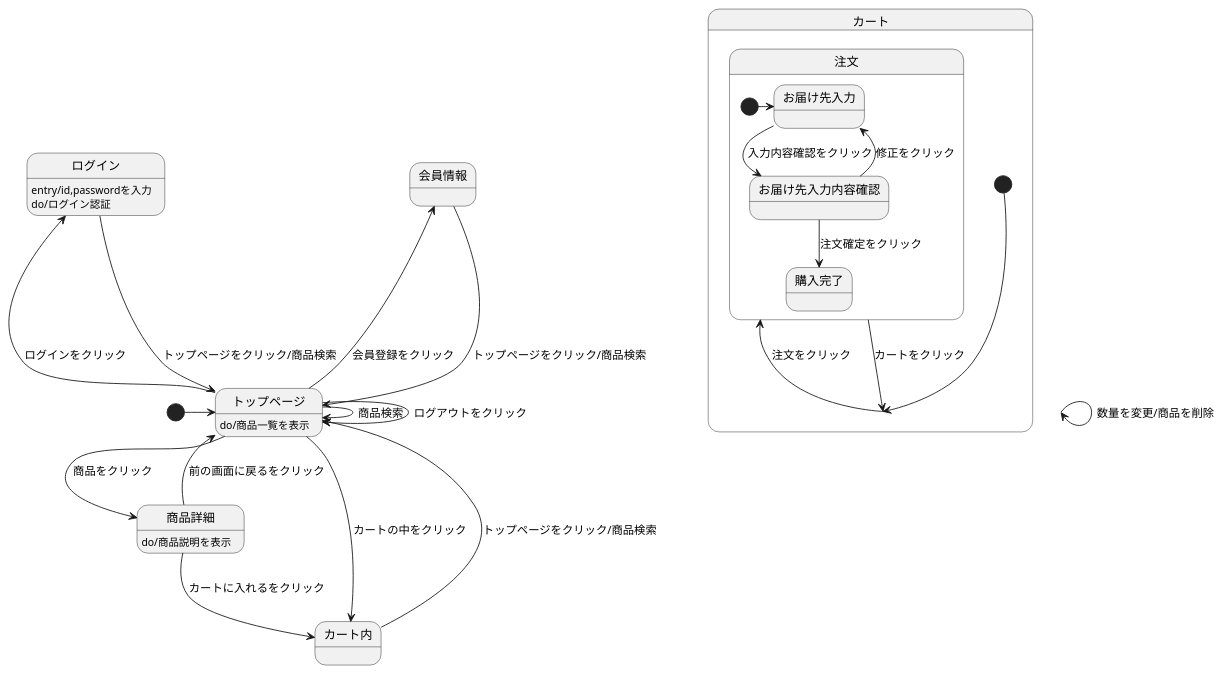
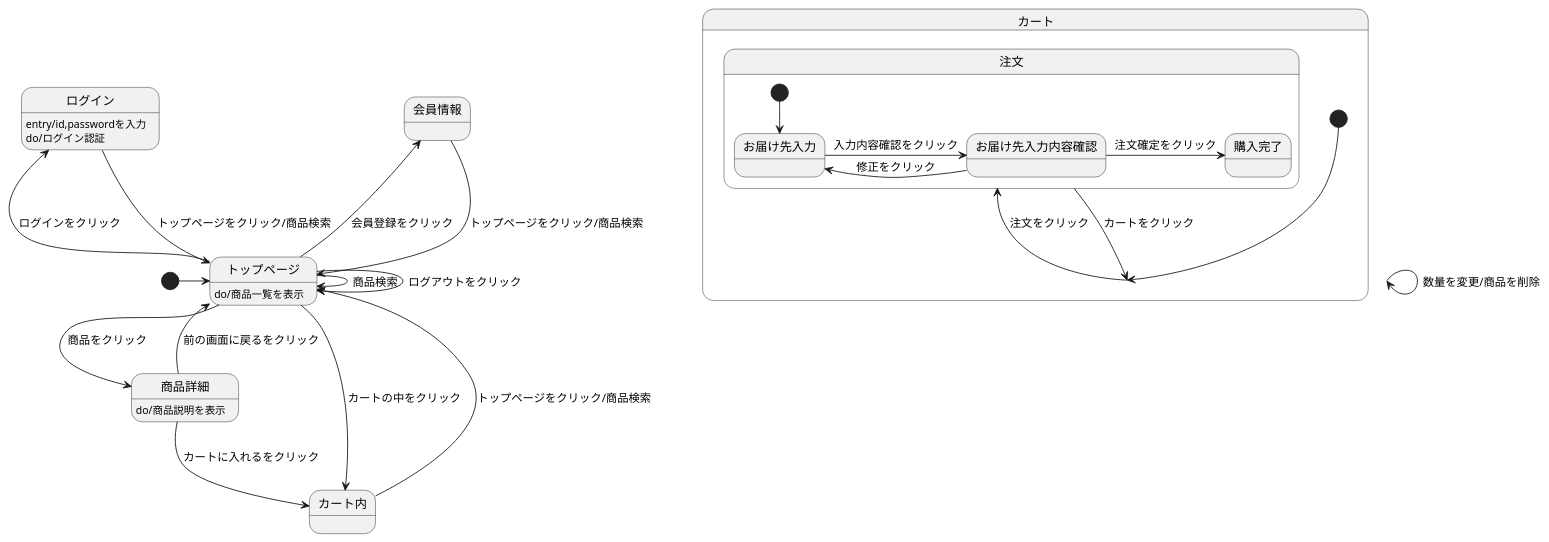
One commit to Aso2001369/2021sys-design changed the diagram in stmmyshop.md. Above: the diagram before and after it, drawn with PlantUML.

````diff
--- a/stmmyshop.md
+++ b/stmmyshop.md
@@ -1,34 +1,34 @@
 ```uml
 @startuml
 
 [*] -> トップページ
 会員情報 --> トップページ : トップページをクリック/商品検索
 ログイン --> トップページ : トップページをクリック/商品検索
 ログイン : entry/id,passwordを入力
 ログイン : do/ログイン認証
 トップページ --> トップページ : ログアウトをクリック
 トップページ -> トップページ : 商品検索
 トップページ -> 商品詳細 : 商品をクリック
 トップページ -left-> 会員情報 : 会員登録をクリック
 トップページ -left-> ログイン : ログインをクリック
 トップページ --> カート内 : カートの中をクリック
 トップページ : do/商品一覧を表示
 商品詳細 --> カート内 : カートに入れるをクリック
 商品詳細 --> トップページ : 前の画面に戻るをクリック
 商品詳細 : do/商品説明を表示
 カート内 --> トップページ : トップページをクリック/商品検索
 
 
 state カート {
   [*] --> カート
   カート -> 注文 : 注文をクリック
   カート -> カート : 数量を変更/商品を削除
   注文 --> カート : カートをクリック
   state 注文 {
-    [*] -> お届け先入力
-    お届け先入力 --> お届け先入力内容確認 : 入力内容確認をクリック
-    お届け先入力内容確認 --> お届け先入力 : 修正をクリック
-    お届け先入力内容確認 --> 購入完了 : 注文確定をクリック
-}
+    [*] --> お届け先入力
+    お届け先入力 -> お届け先入力内容確認 : 入力内容確認をクリック
+    お届け先入力内容確認 -> お届け先入力 : 修正をクリック
+    お届け先入力内容確認 -> 購入完了 : 注文確定をクリック
+  }
 @enduml
 ```
````
